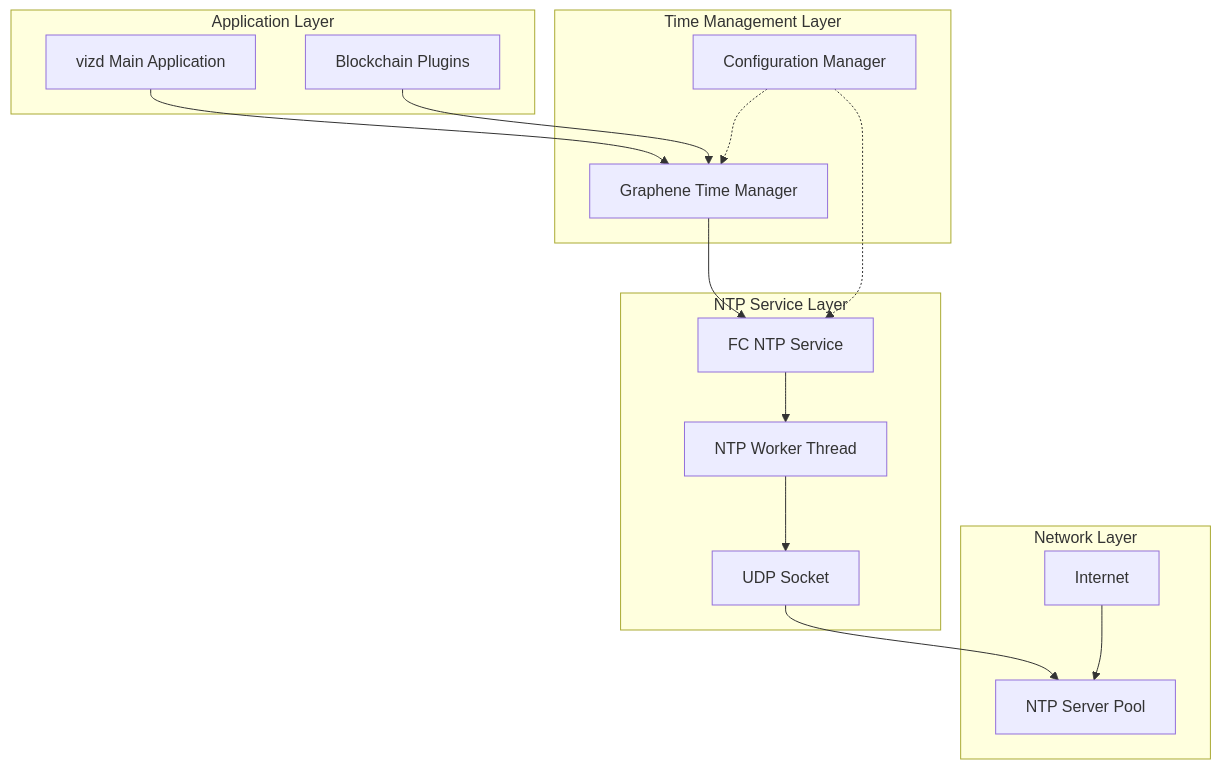
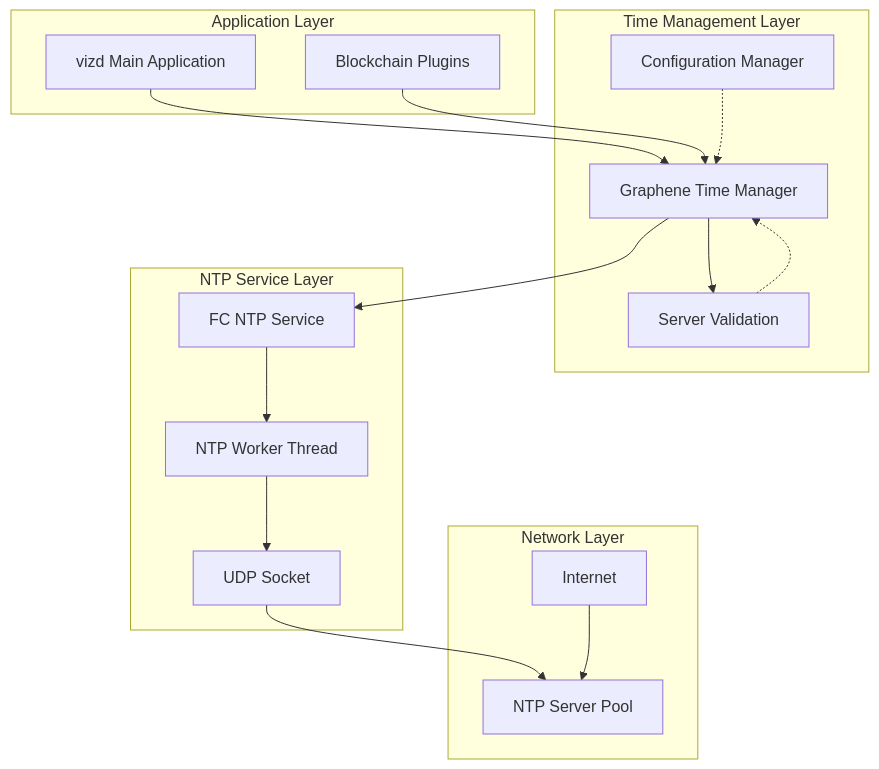
One commit to VIZ-Blockchain/viz-cpp-node changed the first of 9 diagrams in .qoder/repowiki/en/content/Core Libraries/NTP Synchronization System.md. Above: the diagram before and after it, drawn with Mermaid. The commit also changed other lines of this file and 6 other files, not shown here.

````diff
--- a/.qoder/repowiki/en/content/Core Libraries/NTP Synchronization System.md
+++ b/.qoder/repowiki/en/content/Core Libraries/NTP Synchronization System.md
@@ -35,29 +45,31 @@
 ```mermaid
 graph TB
 subgraph "Application Layer"
 VIZD[vizd Main Application]
 Plugins[Blockchain Plugins]
 end
 subgraph "Time Management Layer"
 GrapheneTime[Graphene Time Manager]
 Config[Configuration Manager]
+Validation[Server Validation]
 end
 subgraph "NTP Service Layer"
 FCNTP[FC NTP Service]
 Thread[NTP Worker Thread]
 Socket[UDP Socket]
 end
 subgraph "Network Layer"
 NTPServers[NTP Server Pool]
 Network[Internet]
 end
 VIZD --> GrapheneTime
 Plugins --> GrapheneTime
+GrapheneTime --> Validation
 GrapheneTime --> FCNTP
 FCNTP --> Thread
 Thread --> Socket
 Socket --> NTPServers
 Network --> NTPServers
 Config -.-> GrapheneTime
-Config -.-> FCNTP
+Validation -.-> GrapheneTime
 ```
````
